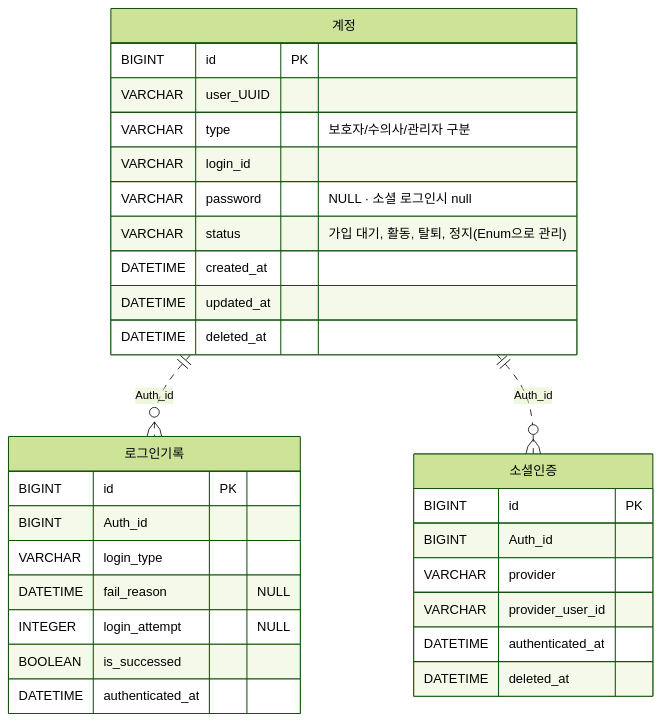
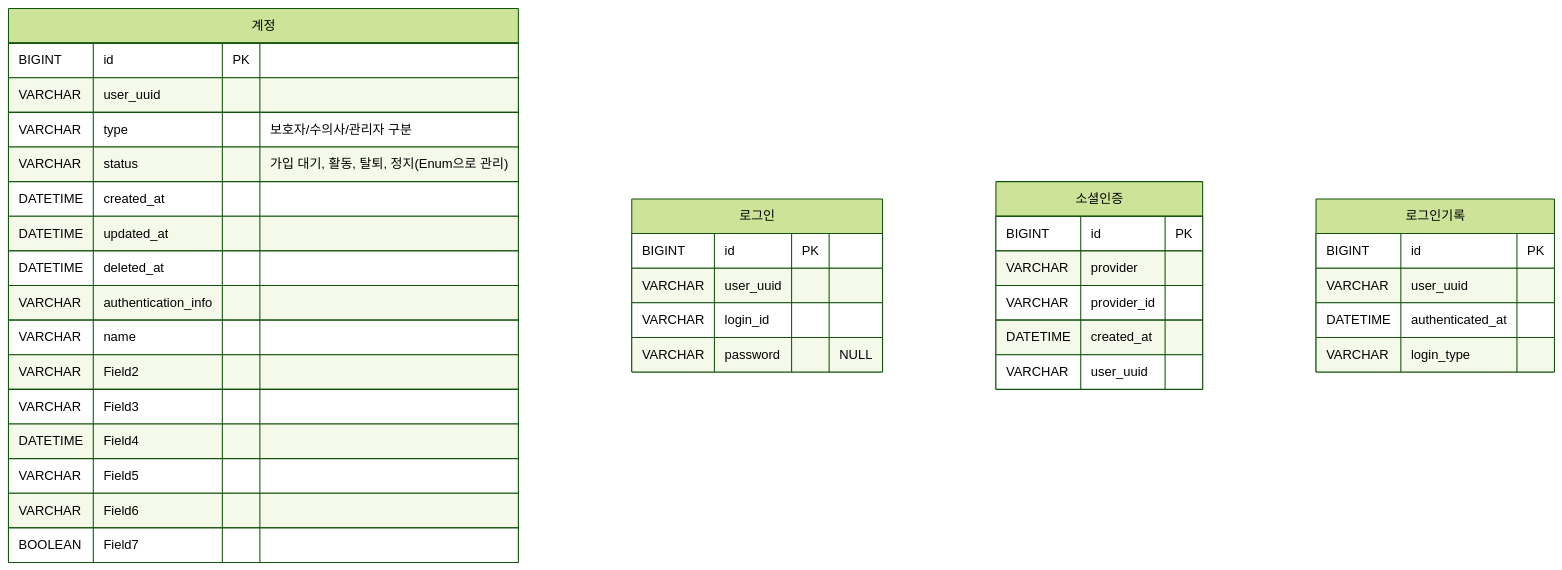
Before and after one commit to louie-kury/louie-kury-document: the first of 7 diagrams in docs/erd.md, drawn with Mermaid (forest theme). The commit also changed other lines of this file, not shown here.

Commit message:
docs: 최신 SQL과 MongoDB 구분에 맞춰 ERD 재작성

````diff
--- a/docs/erd.md
+++ b/docs/erd.md
@@ -62,34 +41,39 @@
 ```mermaid
 erDiagram
-    "계정" ||..o{ "로그인기록" : "Auth_id"
-    "계정" ||..o{ "소셜인증" : "Auth_id"
-
     "계정" {
         BIGINT id PK
-        VARCHAR user_UUID
+        VARCHAR user_uuid
         VARCHAR type "보호자/수의사/관리자  구분"
-        VARCHAR login_id
-        VARCHAR password "NULL · 소셜 로그인시 null"
         VARCHAR status "가입 대기, 활동, 탈퇴, 정지(Enum으로 관리)"
         DATETIME created_at
         DATETIME updated_at
         DATETIME deleted_at
+        VARCHAR authentication_info
+        VARCHAR name
+        VARCHAR Field2
+        VARCHAR Field3
+        DATETIME Field4
+        VARCHAR Field5
+        VARCHAR Field6
+        BOOLEAN Field7
+    }
+    "로그인" {
+        BIGINT id PK
+        VARCHAR user_uuid
+        VARCHAR login_id
+        VARCHAR password "NULL"
+    }
+    "소셜인증" {
+        BIGINT id PK
+        VARCHAR provider
+        VARCHAR provider_id
+        DATETIME created_at
+        VARCHAR user_uuid
     }
     "로그인기록" {
         BIGINT id PK
-        BIGINT Auth_id
+        VARCHAR user_uuid
+        DATETIME authenticated_at
         VARCHAR login_type
-        DATETIME fail_reason "NULL"
-        INTEGER login_attempt "NULL"
-        BOOLEAN is_successed
-        DATETIME authenticated_at
-    }
-    "소셜인증" {
-        BIGINT id PK
-        BIGINT Auth_id
-        VARCHAR provider
-        VARCHAR provider_user_id
-        DATETIME authenticated_at
-        DATETIME deleted_at
     }
 ```
````
